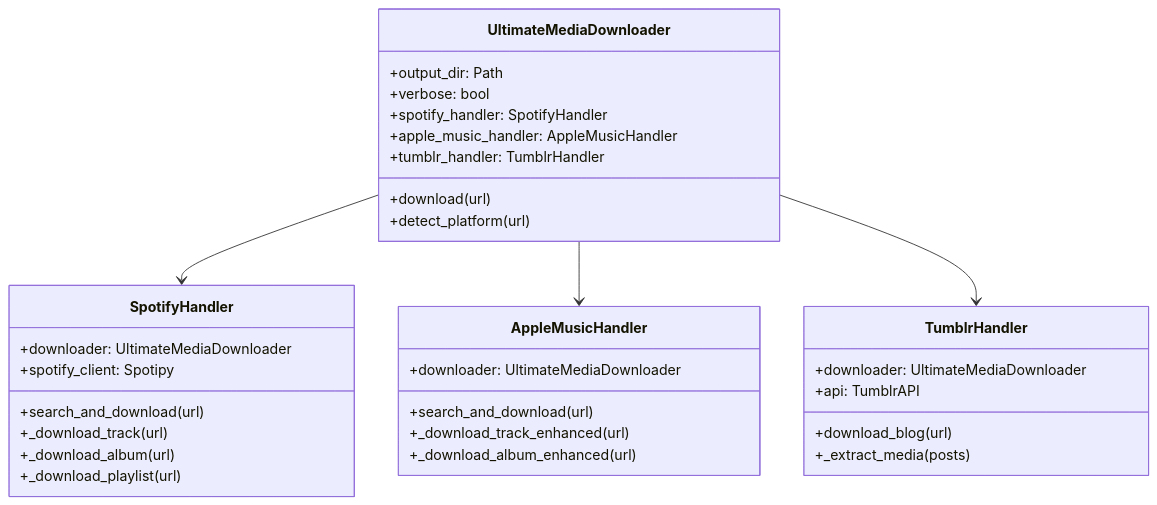
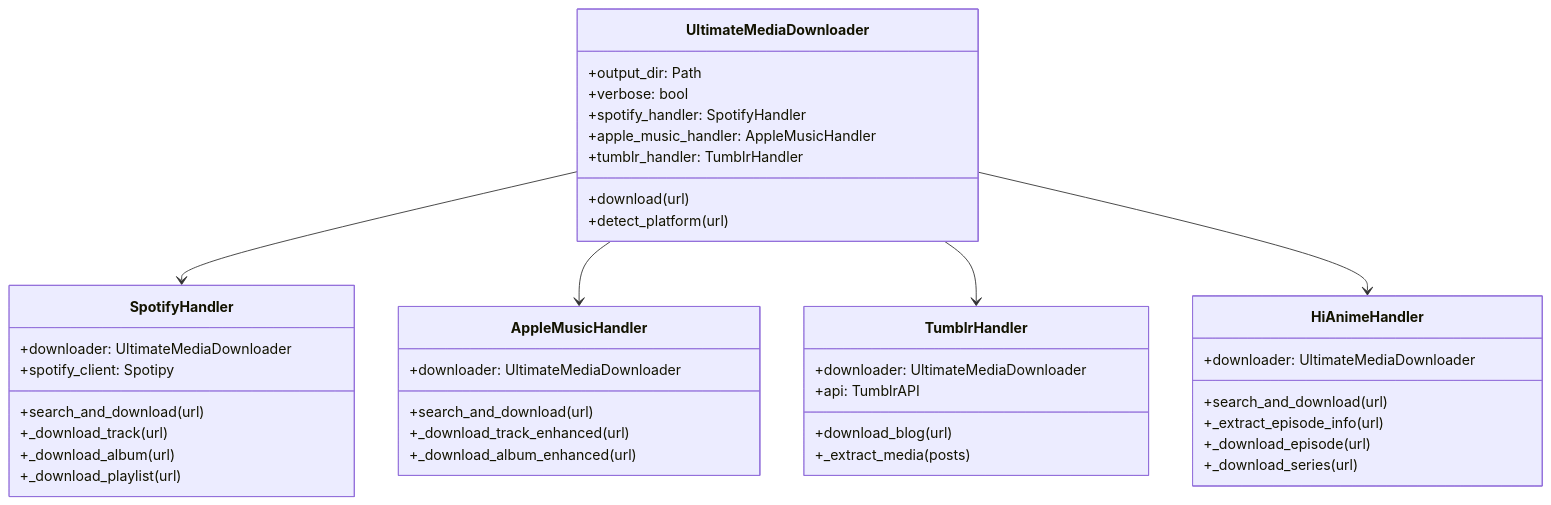
One commit to NK2552003/ULTIMATE-MEDIA-DOWNLOADER changed the fourth of 8 diagrams in documentations/ARCHITECTURE.md. Above: the diagram before and after it, drawn with Mermaid. The commit also changed other lines of this file and 4 other files, not shown here.

First line of the commit message:
Add HiAnime support with dedicated handler and update documentation

````diff
--- a/documentations/ARCHITECTURE.md
+++ b/documentations/ARCHITECTURE.md
@@ -179,39 +181,48 @@
 ```mermaid
 classDiagram
     class UltimateMediaDownloader {
         +output_dir: Path
         +verbose: bool
         +spotify_handler: SpotifyHandler
         +apple_music_handler: AppleMusicHandler
         +tumblr_handler: TumblrHandler
         +download(url)
         +detect_platform(url)
     }
 
     class SpotifyHandler {
         +downloader: UltimateMediaDownloader
         +spotify_client: Spotipy
         +search_and_download(url)
         +_download_track(url)
         +_download_album(url)
         +_download_playlist(url)
     }
 
     class AppleMusicHandler {
         +downloader: UltimateMediaDownloader
         +search_and_download(url)
         +_download_track_enhanced(url)
         +_download_album_enhanced(url)
     }
 
     class TumblrHandler {
         +downloader: UltimateMediaDownloader
         +api: TumblrAPI
         +download_blog(url)
         +_extract_media(posts)
     }
 
+    class HiAnimeHandler {
+        +downloader: UltimateMediaDownloader
+        +search_and_download(url)
+        +_extract_episode_info(url)
+        +_download_episode(url)
+        +_download_series(url)
+    }
+
     UltimateMediaDownloader --> SpotifyHandler
     UltimateMediaDownloader --> AppleMusicHandler
     UltimateMediaDownloader --> TumblrHandler
+    UltimateMediaDownloader --> HiAnimeHandler
 ```
````
